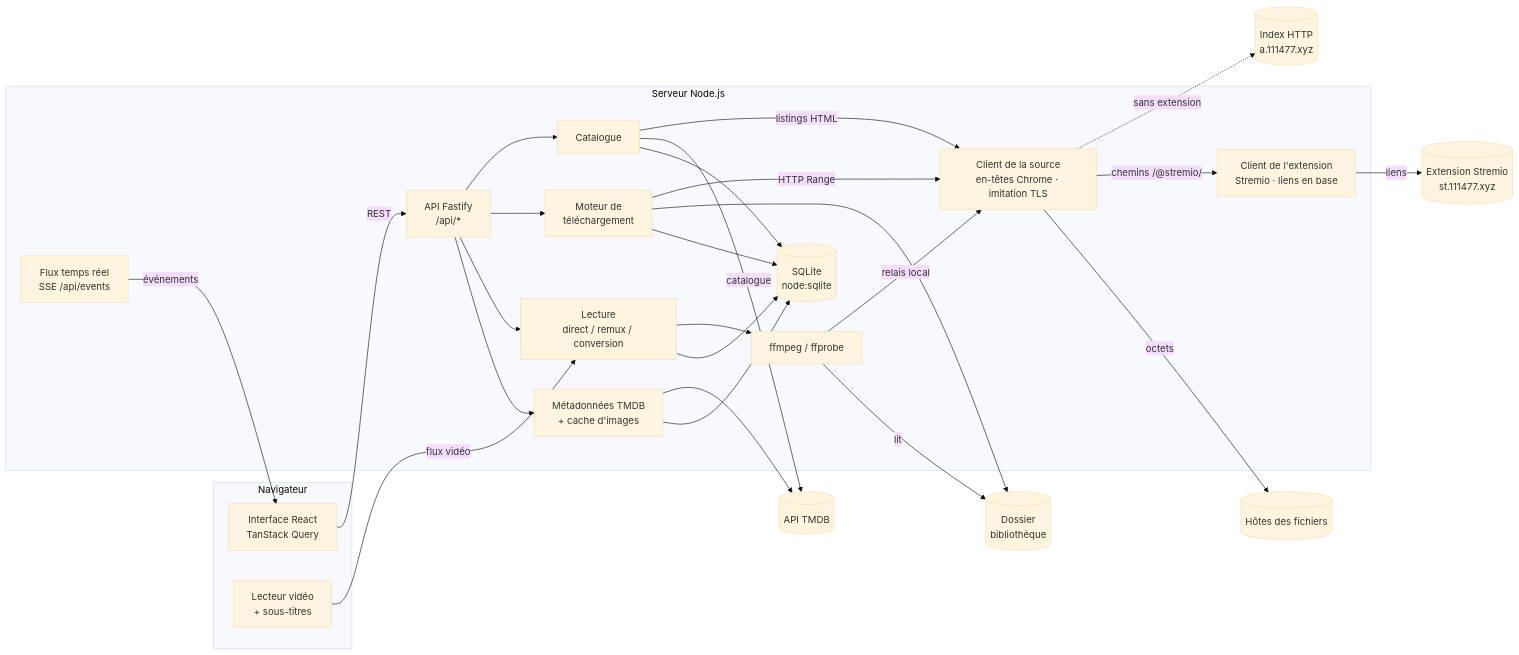
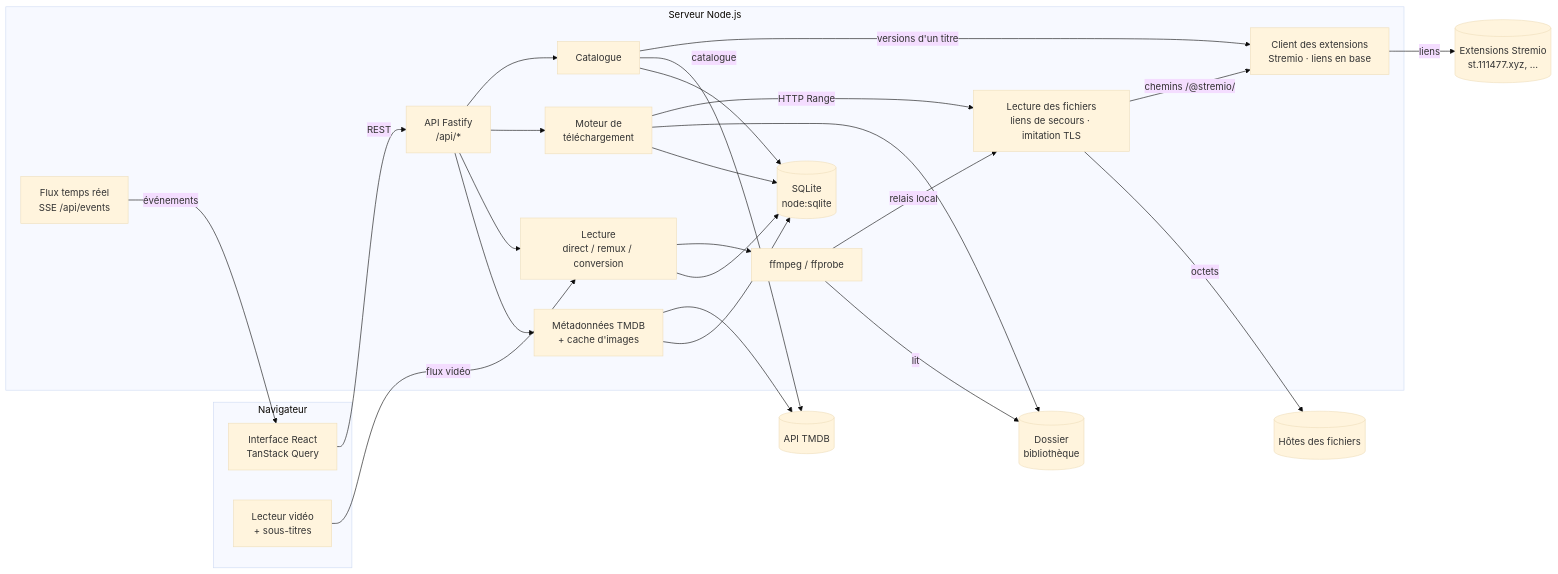
The first of 2 diagrams in docs/ARCHITECTURE.md (antoineferrero-eng/Video), drawn with Mermaid (base theme) before and after one commit. The commit also changed other lines of this file and 81 other files, not shown here.

First line of the commit message:
Source du site retirée ; plusieurs extensions Stremio

````diff
--- a/docs/ARCHITECTURE.md
+++ b/docs/ARCHITECTURE.md
@@ -5,42 +5,40 @@
 ```mermaid
 flowchart LR
   subgraph Navigateur
     UI[Interface React<br/>TanStack Query]
     Player[Lecteur vidéo<br/>+ sous-titres]
   end
   subgraph Serveur Node.js
     API[API Fastify<br/>/api/*]
     SSE[Flux temps réel<br/>SSE /api/events]
     Catalog[Catalogue]
     Downloads[Moteur de<br/>téléchargement]
     Playback[Lecture<br/>direct / remux / conversion]
     Metadata[Métadonnées TMDB<br/>+ cache d'images]
     DB[(SQLite<br/>node:sqlite)]
     FF[ffmpeg / ffprobe]
-    Client[Client de la source<br/>en-têtes Chrome · imitation TLS]
-    Addon[Client de l'extension<br/>Stremio · liens en base]
+    Client[Lecture des fichiers<br/>liens de secours · imitation TLS]
+    Addon[Client des extensions<br/>Stremio · liens en base]
   end
-  Source[(Index HTTP<br/>a.111477.xyz)]
-  Stremio[(Extension Stremio<br/>st.111477.xyz)]
+  Stremio[(Extensions Stremio<br/>st.111477.xyz, …)]
   Hosts[(Hôtes des fichiers)]
   TMDB[(API TMDB)]
   Disk[(Dossier<br/>bibliothèque)]
 
   UI -- REST --> API
   SSE -- événements --> UI
   Player -- flux vidéo --> Playback
   API --> Catalog & Downloads & Playback & Metadata
-  Catalog -- listings HTML --> Client
+  Catalog -- versions d'un titre --> Addon
   Downloads -- HTTP Range --> Client
   Downloads --> Disk
   Playback --> FF
   FF -- relais local --> Client
   FF -- lit --> Disk
-  Client -. sans extension .-> Source
   Client -- chemins /@stremio/ --> Addon
   Addon -- liens --> Stremio
   Client -- octets --> Hosts
   Catalog -- catalogue --> TMDB
   Metadata --> TMDB
   Catalog & Downloads & Playback & Metadata --> DB
 ```
````
